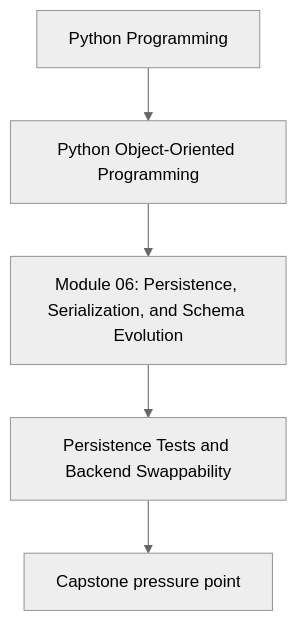
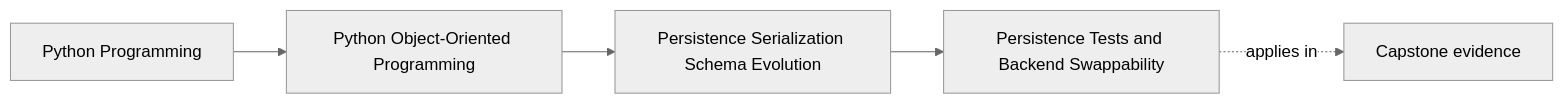
One commit to bijux/bijux-masterclass changed the first of 2 diagrams in programs/python-programming/python-object-oriented-programming/course-book/module-06-persistence-serialization-schema-evolution/persistence-tests-and-backend-swappability.md. Above: the diagram before and after it, drawn with Mermaid (neutral theme). The commit also changed other lines of this file and 103 other files, not shown here.

Commit message:
docs(python-object-oriented-programming): map sustainment and capstone surfaces

````diff
--- a/programs/python-programming/python-object-oriented-programming/course-book/module-06-persistence-serialization-schema-evolution/persistence-tests-and-backend-swappability.md
+++ b/programs/python-programming/python-object-oriented-programming/course-book/module-06-persistence-serialization-schema-evolution/persistence-tests-and-backend-swappability.md
@@ -7,7 +7,11 @@
 ```mermaid
-flowchart TD
-  family["Python Programming"] --> program["Python Object-Oriented Programming"]
-  program --> module["Module 06: Persistence, Serialization, and Schema Evolution"]
-  module --> concept["Persistence Tests and Backend Swappability"]
-  concept --> capstone["Capstone pressure point"]
+graph LR
+  family["Python Programming"]
+  program["Python Object-Oriented Programming"]
+  section["Persistence Serialization Schema Evolution"]
+  page["Persistence Tests and Backend Swappability"]
+  capstone["Capstone evidence"]
+
+  family --> program --> section --> page
+  page -.applies in.-> capstone
 ```
````
